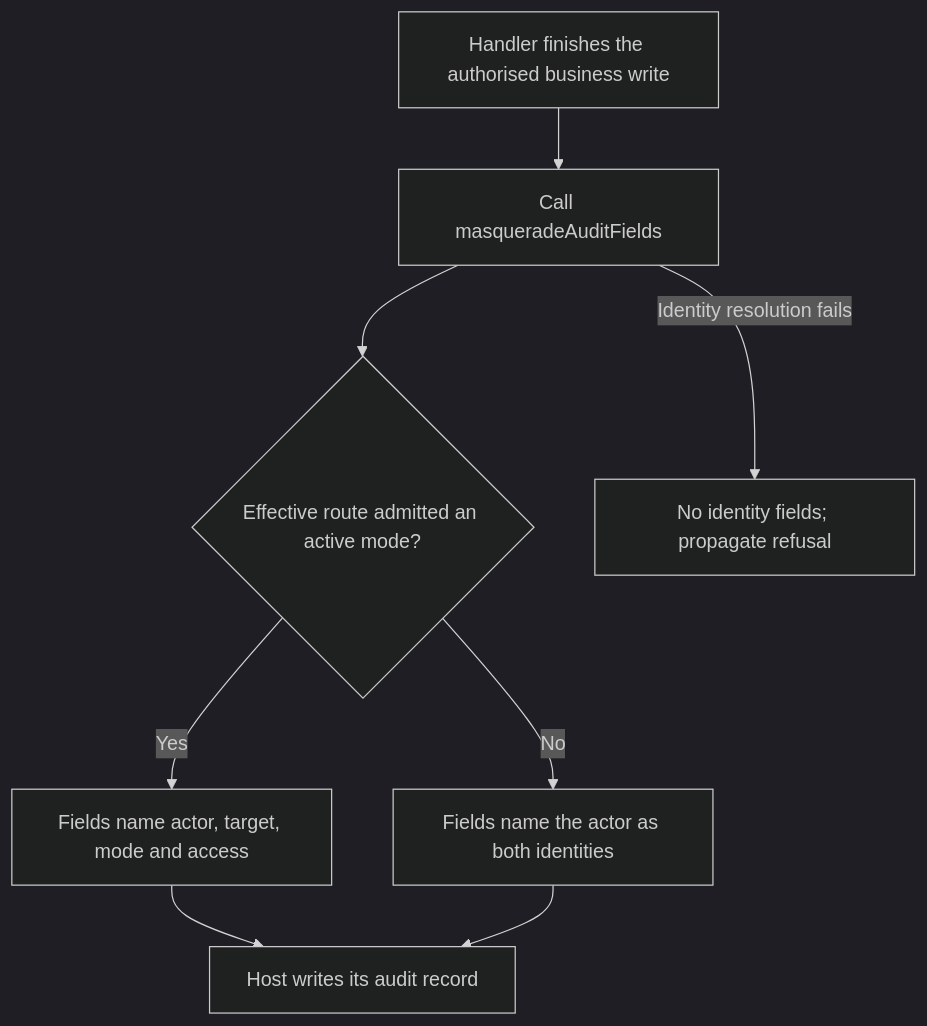
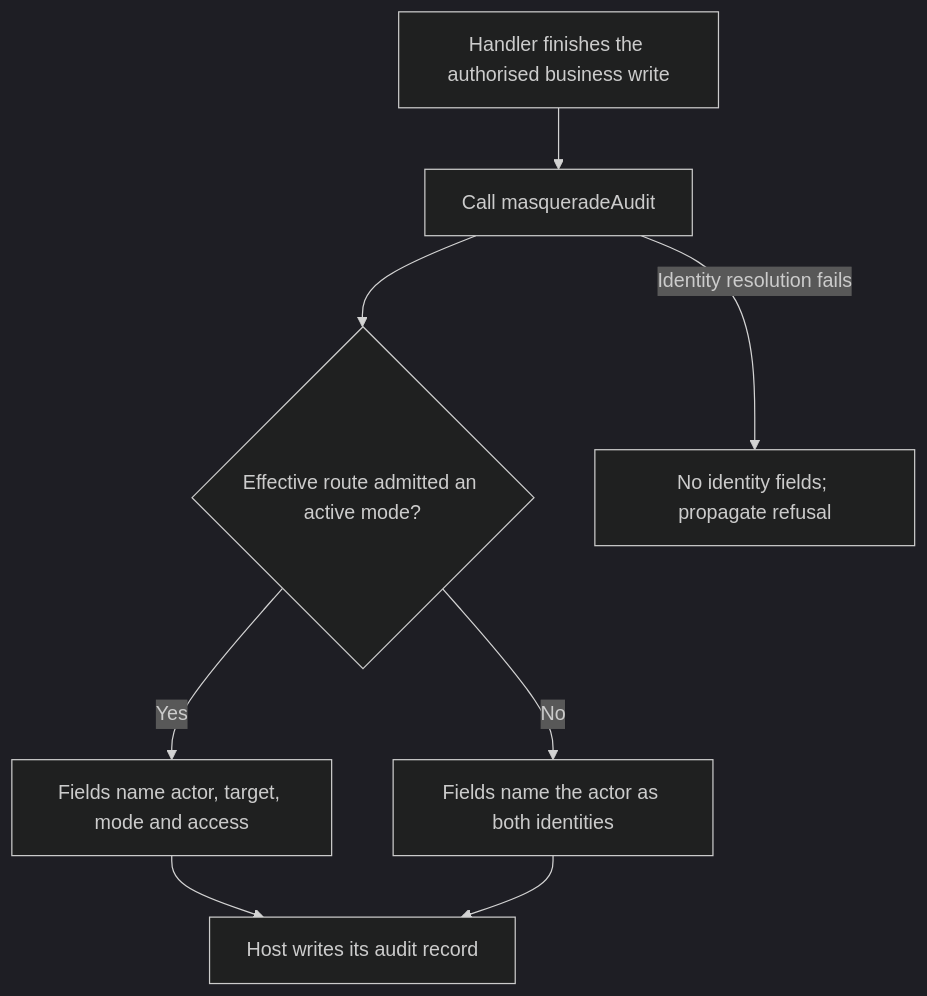
The first of 2 diagrams in user-stories/audit-business-work/us-audit-01-attach-audit-fields.md (Kevinjohn/oss-adonisjs-masquerade), drawn with Mermaid (dark theme) before and after one commit. The commit also changed other lines of this file and 293 other files, not shown here.

````diff
--- a/user-stories/audit-business-work/us-audit-01-attach-audit-fields.md
+++ b/user-stories/audit-business-work/us-audit-01-attach-audit-fields.md
@@ -22,10 +22,10 @@
 ```mermaid
 flowchart TD
-    A["Handler finishes the authorised business write"] --> B["Call masqueradeAuditFields"]
+    A["Handler finishes the authorised business write"] --> B["Call masqueradeAudit"]
     B --> C{"Effective route admitted an active mode?"}
     C -->|Yes| D["Fields name actor, target, mode and access"]
     C -->|No| E["Fields name the actor as both identities"]
     B -->|Identity resolution fails| X["No identity fields; propagate refusal"]
     D --> F["Host writes its audit record"]
     E --> F
 ```
````
